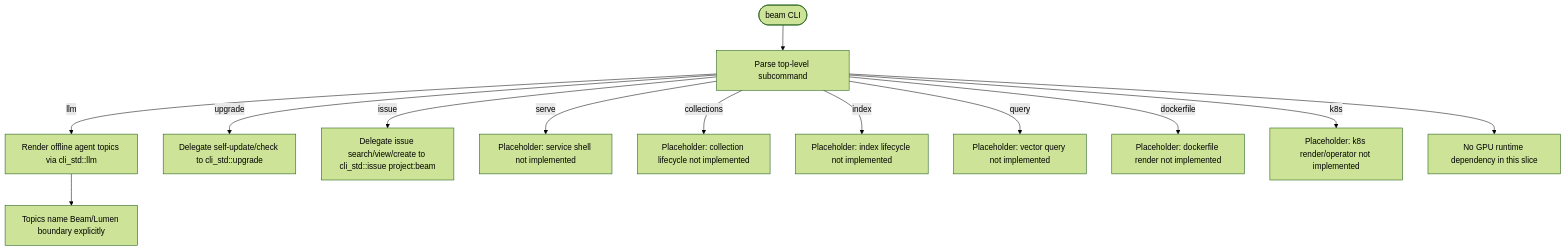
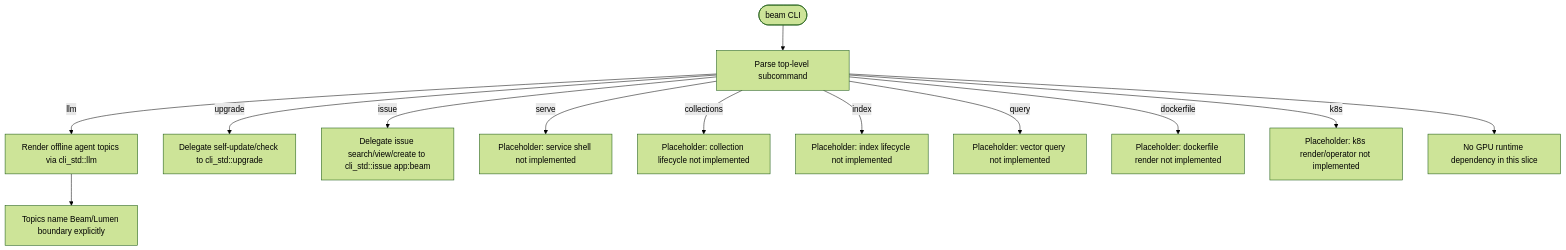
The first of 2 diagrams in projects/beam/tech-design/interfaces/cli/scaffold-service-crate-and-standard-cli-shell.md (chrischeng-c4/axiom), drawn with Mermaid (forest theme) before and after one commit. The commit also changed other lines of this file and 84 other files, not shown here.

````diff
--- a/projects/beam/tech-design/interfaces/cli/scaffold-service-crate-and-standard-cli-shell.md
+++ b/projects/beam/tech-design/interfaces/cli/scaffold-service-crate-and-standard-cli-shell.md
@@ -23,46 +23,46 @@
 ```mermaid
 ---
 id: beam-cli-shell-contract
 entry: start
 nodes:
   start:       { kind: start,    label: "beam <subcommand>" }
   parse:       { kind: process,  label: "clap parses top-level command surface from projects/beam/src/main.rs" }
   llm:         { kind: terminal, label: "llm [--topic outline|boundaries|operations] [--format md|json] -> cli_std::llm::render(beam topics)" }
   upgrade:     { kind: terminal, label: "upgrade [--version TAG] [--check] -> cli_std::upgrade with ToolInfo{name=beam, release_prefix=beam@}" }
-  issue:       { kind: terminal, label: "issue <search|view|create> -> cli_std::issue scoped to project:beam" }
+  issue:       { kind: terminal, label: "issue <search|view|create> -> cli_std::issue scoped to app:beam" }
   serve:       { kind: terminal, label: "serve placeholder exits with tracked 'not implemented yet: HTTP service shell' diagnostic" }
   collections: { kind: terminal, label: "collections placeholder exits with tracked 'not implemented yet: collection lifecycle' diagnostic" }
   index:       { kind: terminal, label: "index placeholder exits with tracked 'not implemented yet: index lifecycle' diagnostic" }
   query:       { kind: terminal, label: "query placeholder exits with tracked 'not implemented yet: vector query' diagnostic" }
   dockerfile:  { kind: terminal, label: "dockerfile placeholder exits with tracked 'not implemented yet: dockerfile render' diagnostic" }
   k8s:         { kind: terminal, label: "k8s placeholder exits with tracked 'not implemented yet: k8s render/operator' diagnostic" }
   boundary:    { kind: process,  label: "llm topics state: Beam owns GPU vector DB/index lifecycle; Lumen owns mixed search/ranking/dedup" }
   nogpu:       { kind: process,  label: "crate dependencies remain CPU/GPU-neutral in this slice; no CUDA/Metal/runtime driver deps" }
 edges:
   - { from: start, to: parse }
   - { from: parse, to: llm,         label: "llm" }
   - { from: parse, to: upgrade,     label: "upgrade" }
   - { from: parse, to: issue,       label: "issue" }
   - { from: parse, to: serve,       label: "serve" }
   - { from: parse, to: collections, label: "collections" }
   - { from: parse, to: index,       label: "index" }
   - { from: parse, to: query,       label: "query" }
   - { from: parse, to: dockerfile,  label: "dockerfile" }
   - { from: parse, to: k8s,         label: "k8s" }
   - { from: llm,   to: boundary }
   - { from: parse, to: nogpu }
 ---
 flowchart TD
     start([beam CLI]) --> parse[Parse top-level subcommand]
     parse -->|llm| llm[Render offline agent topics via cli_std::llm]
     parse -->|upgrade| upgrade[Delegate self-update/check to cli_std::upgrade]
-    parse -->|issue| issue[Delegate issue search/view/create to cli_std::issue project:beam]
+    parse -->|issue| issue[Delegate issue search/view/create to cli_std::issue app:beam]
     parse -->|serve| serve[Placeholder: service shell not implemented]
     parse -->|collections| collections[Placeholder: collection lifecycle not implemented]
     parse -->|index| index[Placeholder: index lifecycle not implemented]
     parse -->|query| query[Placeholder: vector query not implemented]
     parse -->|dockerfile| dockerfile[Placeholder: dockerfile render not implemented]
     parse -->|k8s| k8s[Placeholder: k8s render/operator not implemented]
     llm --> boundary[Topics name Beam/Lumen boundary explicitly]
     parse --> nogpu[No GPU runtime dependency in this slice]
 ```
````
